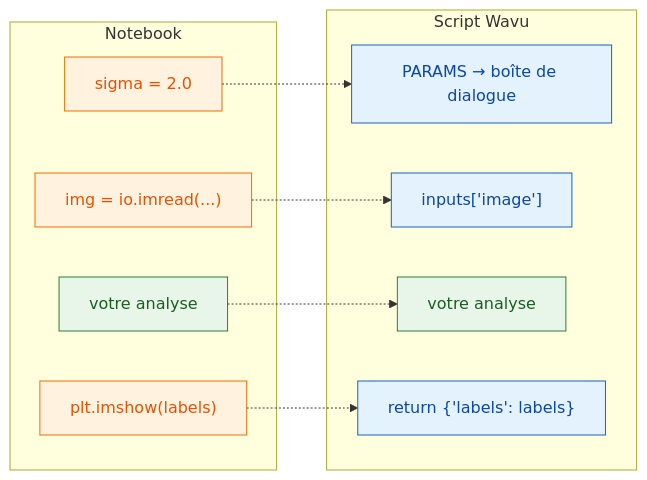
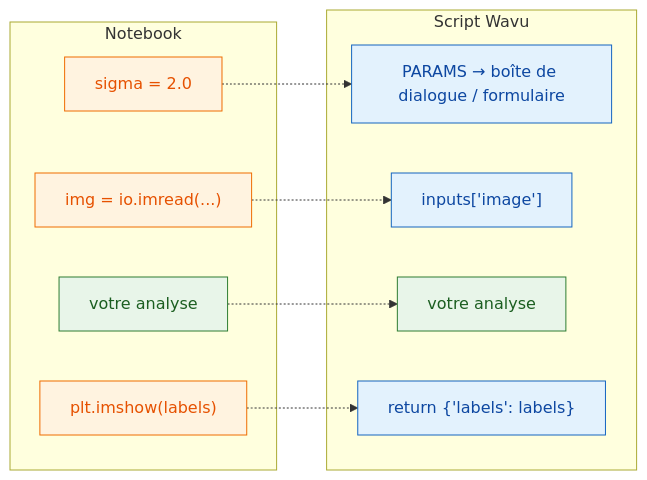
The diagram in guide/write/from-notebook.fr.md (Oxford-Zeiss-Centre-of-Excellence/Wavu), drawn with Mermaid before and after one commit. The commit also changed other lines of this file and 70 other files, not shown here.

````diff
--- a/guide/write/from-notebook.fr.md
+++ b/guide/write/from-notebook.fr.md
@@ -12,23 +13,23 @@
 ```mermaid
 flowchart LR
     subgraph NB["Notebook"]
         A1["sigma = 2.0"]:::script
         A2["img = io.imread(...)"]:::script
         A3["votre analyse"]:::worker
         A4["plt.imshow(labels)"]:::script
     end
     subgraph WV["Script Wavu"]
-        B1["PARAMS → boîte de dialogue"]:::fiji
+        B1["PARAMS → boîte de dialogue / formulaire"]:::fiji
         B2["inputs['image']"]:::fiji
         B3["votre analyse"]:::worker
         B4["return {'labels': labels}"]:::fiji
     end
     A1 -.-> B1
     A2 -.-> B2
     A3 -.-> B3
     A4 -.-> B4
 
     classDef fiji   fill:#e3f2fd,stroke:#1565c0,color:#0d47a1
     classDef worker fill:#e8f5e9,stroke:#2e7d32,color:#1b5e20
     classDef script fill:#fff3e0,stroke:#ef6c00,color:#e65100
 ```
````
